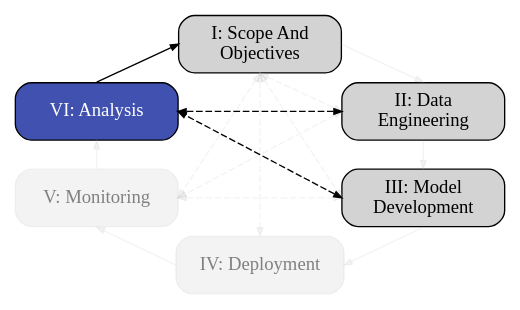
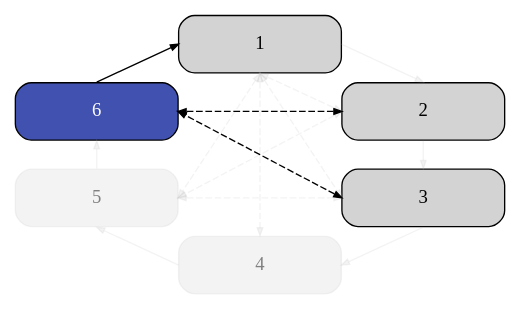
The seventh of 7 diagrams in docs/source/concepts/workflows/ML_Lifecycle.md (aria-ml/dataeval), drawn with Graphviz before and after one commit. The commit also changed other lines of this file and 1 other file, not shown here.

Commit message:
Fix graphviz theming and markdown links

````diff
--- a/docs/source/concepts/workflows/ML_Lifecycle.md
+++ b/docs/source/concepts/workflows/ML_Lifecycle.md
@@ -283,31 +295,31 @@
 ```{graphviz}
    
    digraph flowchart {
       node [shape=box,width=1.7,height=0.6]
       edge [arrowsize=0.6]
       layout="neato"
 
-      1 [label="I: Scope And\nObjectives",style="rounded,filled",pos="1.7,2.5!",xref=":ref:`scope-and-objectives`"]
-      2 [label="II: Data\nEngineering",style="rounded,filled",pos="3.4,1.8!",xref=":ref:`data-engineering`"]
-      3 [label="III: Model\nDevelopment",style="rounded,filled",pos="3.4,0.9!",xref=":ref:`model-development`"]
-      4 [label="IV: Deployment",style="rounded,filled",pos="1.7,0.2!",xref=":ref:`deployment`",fontcolor="gray",color="#C0C0C030",fillcolor="#C0C0C030"]
-      5 [label="V: Monitoring",style="rounded,filled",pos="0.0,0.9!",xref=":ref:`monitoring`",fontcolor="gray",color="#C0C0C030",fillcolor="#C0C0C030"]
-      6 [label="VI: Analysis",style="rounded,filled",pos="0.0,1.8!",fillcolor="#4151B0",fontcolor="white"]
+      1 [xref="{ref}`Scope And Objectives <scope-and-objectives>`",style="rounded,filled",pos="1.7,2.5!"]
+      2 [xref="{ref}`Data Engineering <data-engineering>`",style="rounded,filled",pos="3.4,1.8!"]
+      3 [xref="{ref}`Model Development<model-development>`",style="rounded,filled",pos="3.4,0.9!"]
+      4 [xref="{ref}`Deployment <deployment>`",style="rounded,filled",pos="1.7,0.2!",fontcolor="gray",color="#C0C0C030",fillcolor="#C0C0C030"]
+      5 [xref="{ref}`Monitoring <monitoring>`",style="rounded,filled",pos="0.0,0.9!",fontcolor="gray",color="#C0C0C030",fillcolor="#C0C0C030"]
+      6 [xref="{ref}`Analysis <analysis>`",style="rounded,filled",pos="0.0,1.8!",fillcolor="#4151B0",fontcolor="white"]
       
       1:e->2:n [color="#C0C0C030",fillcolor="#C0C0C030"]
       2:s->3:n [color="#C0C0C030",fillcolor="#C0C0C030"]
       3:s->4:e [color="#C0C0C030",fillcolor="#C0C0C030"]
       4:w->5:s [color="#C0C0C030",fillcolor="#C0C0C030"]
       5:n->6:s [color="#C0C0C030",fillcolor="#C0C0C030"]
       6:n->1:w
 
       1:s->3:w [dir=both,style=dashed,color="#C0C0C030",fillcolor="#C0C0C030"]
       1:s->4:n [dir=both,style=dashed,color="#C0C0C030",fillcolor="#C0C0C030"]
       1:s->5:e [dir=both,style=dashed,color="#C0C0C030",fillcolor="#C0C0C030"]
       1:s->2:w [dir=both,style=dashed,color="#C0C0C030",fillcolor="#C0C0C030"]
       2:w->5:e [dir=both,style=dashed,color="#C0C0C030",fillcolor="#C0C0C030"]
       2:w->6:e [dir=both,style=dashed]
       3:w->5:e [dir=both,style=dashed,color="#C0C0C030",fillcolor="#C0C0C030"]
       3:w->6:e [dir=both,style=dashed]
    }
 ```
````
